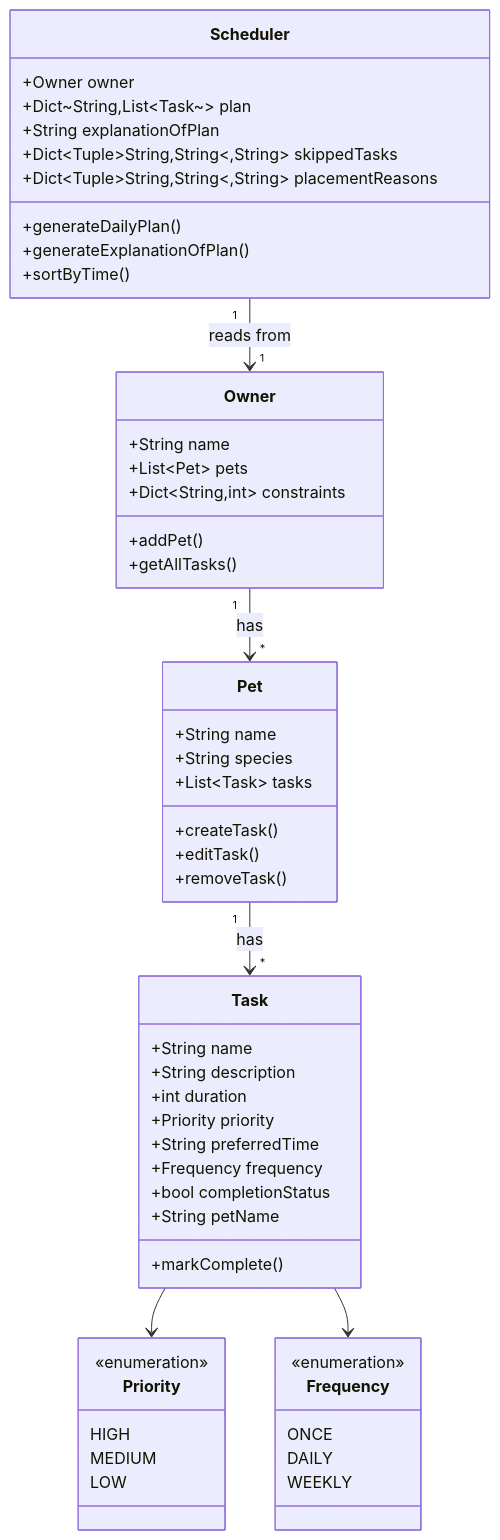
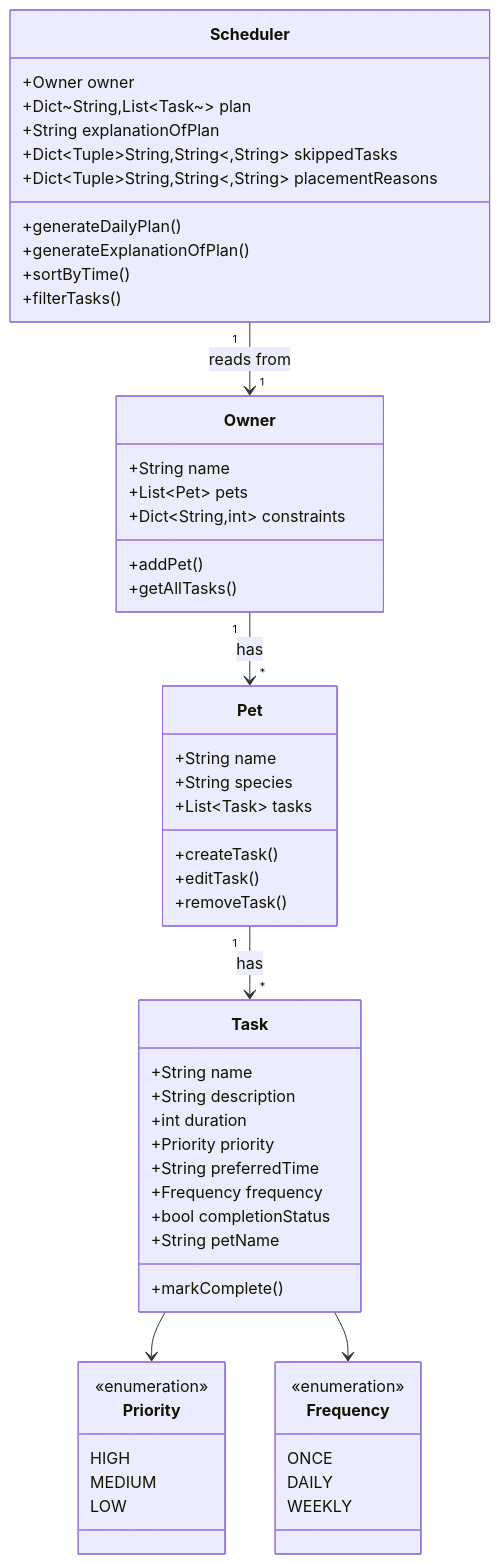
One commit to salvillalon45/ai110-module2show-pawpal-starter changed the diagram in diagrams/uml.mmd. Above: the diagram before and after it, drawn with Mermaid. The commit also changed 3 other files, not shown here.

Commit message:
Added new function filter_tasks

```diff
--- a/diagrams/uml.mmd
+++ b/diagrams/uml.mmd
@@ -1,60 +1,61 @@
 classDiagram
     class Owner {
         +String name
         +List~Pet~ pets 
         +Dict~String,int~ constraints
         +addPet()
         +getAllTasks()
     }
 
     class Task {
         +String name
         +String description
         +int duration
         +Priority priority
         +String preferredTime
         +Frequency frequency
         +bool completionStatus
         +String petName
         +markComplete()
     }
 
     class Priority {
         <<enumeration>>
         HIGH
         MEDIUM
         LOW
     }
 
     class Frequency {
         <<enumeration>>
         ONCE
         DAILY
         WEEKLY
     }
 
     class Pet {
         +String name
         +String species
         +List~Task~ tasks
         +createTask()
         +editTask()
         +removeTask()
     }
 
     class Scheduler {
         +Owner owner
         +Dict~String,List~Task~~ plan
         +String explanationOfPlan
         +Dict~Tuple~String,String~,String~ skippedTasks
         +Dict~Tuple~String,String~,String~ placementReasons
         +generateDailyPlan()
         +generateExplanationOfPlan()
         +sortByTime()
+        +filterTasks()
     }
 
     Pet "1" --> "*" Task : has
     Task --> Priority
     Task --> Frequency
     Owner "1" --> "*" Pet : has
     Scheduler "1" --> "1" Owner : reads from
```
